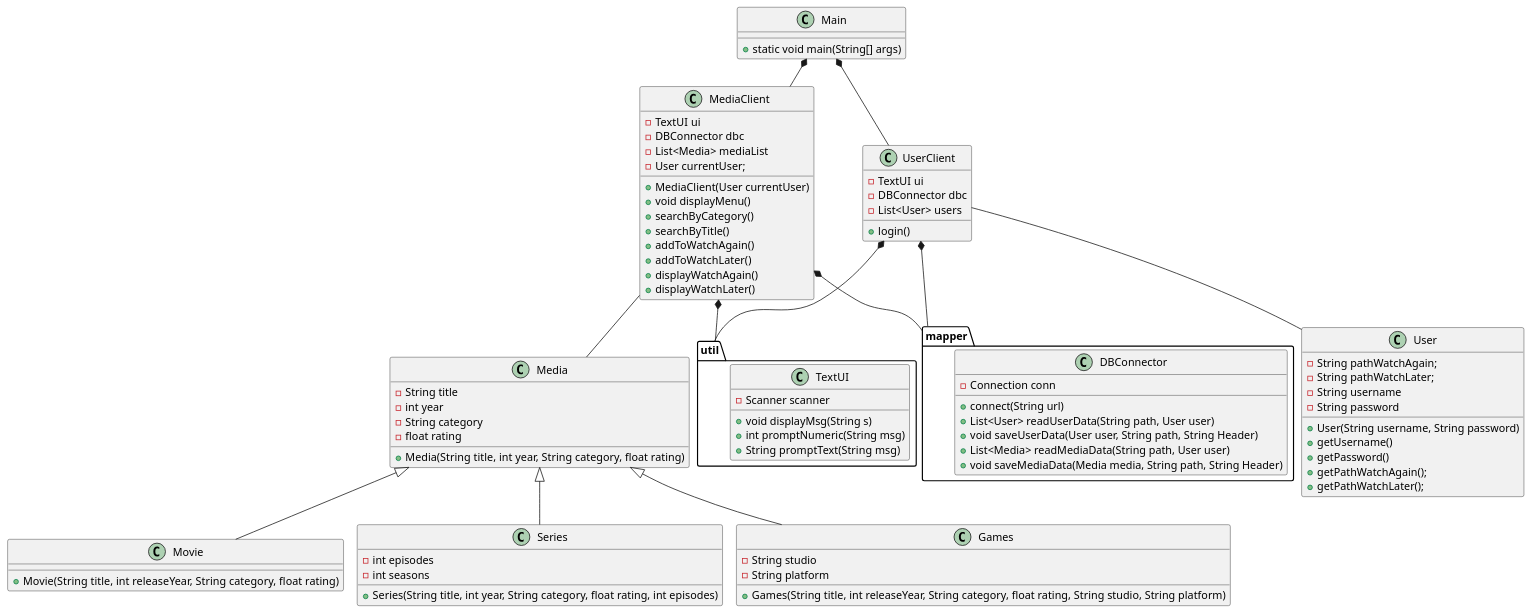
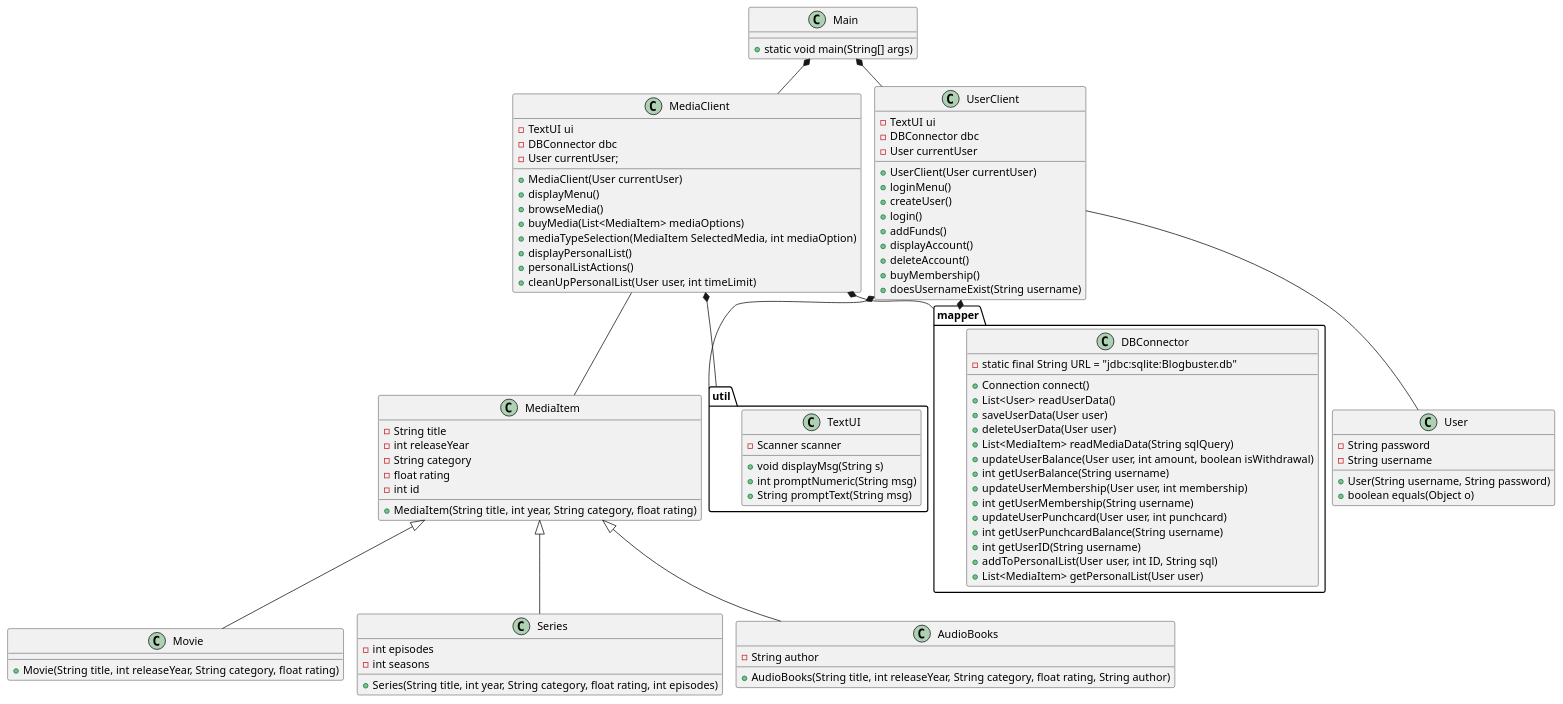
One commit to b-rino/ICE changed the diagram in docs/classdiagram_v0.puml. Above: the diagram before and after it, drawn with PlantUML. The commit also changed 3 other files, not shown here.

Commit message:
Updated domain and class diagrams, added sequence diagram for logging in.

```diff
--- a/docs/classdiagram_v0.puml
+++ b/docs/classdiagram_v0.puml
@@ -1,106 +1,117 @@
 @startuml
 !pragma layout smetana
 
 class Main{
 + static void main(String[] args)
 
 }
 
-class Media{
+class MediaItem{
 - String title
-- int year
+- int releaseYear
 - String category
 - float rating
-+Media(String title, int year, String category, float rating)
+- int id
++MediaItem(String title, int year, String category, float rating)
 
 }
 
 class MediaClient{
 -TextUI ui
 -DBConnector dbc
--List<Media> mediaList
 -User currentUser;
 +MediaClient(User currentUser)
-+void displayMenu()
-+searchByCategory()
-+searchByTitle()
-+addToWatchAgain()
-+addToWatchLater()
-+displayWatchAgain()
-+displayWatchLater()
++displayMenu()
++browseMedia()
++buyMedia(List<MediaItem> mediaOptions)
++mediaTypeSelection(MediaItem SelectedMedia, int mediaOption)
++displayPersonalList()
++personalListActions()
++cleanUpPersonalList(User user, int timeLimit)
 }
 
 
 class User{
--String pathWatchAgain;
--String pathWatchLater;
+-String password
 -String username
--String password
 +User(String username, String password)
-+getUsername()
-+getPassword()
-+getPathWatchAgain();
-+getPathWatchLater();
++boolean equals(Object o)
 }
 
 
 class Movie{
 
 + Movie(String title, int releaseYear, String category, float rating)
 }
 
 class Series{
 - int episodes
 - int seasons
 +Series(String title, int year, String category, float rating, int episodes)
 }
 
-class Games{
-- String studio
-- String platform
-+ Games(String title, int releaseYear, String category, float rating, String studio, String platform)
+class AudioBooks{
+- String author
++ AudioBooks(String title, int releaseYear, String category, float rating, String author)
 }
 
 
 class UserClient{
 -TextUI ui
 -DBConnector dbc
--List<User> users
+-User currentUser
++UserClient(User currentUser)
++loginMenu()
++createUser()
 +login()
++addFunds()
++displayAccount()
++deleteAccount()
++buyMembership()
++doesUsernameExist(String username)
 }
 
 
 package "util" {
 class TextUI{
 - Scanner scanner
 +void displayMsg(String s)
 +int promptNumeric(String msg)
 +String promptText(String msg)
 }
 }
 
 package "mapper" {
 class DBConnector{
-- Connection conn
-+ connect(String url)
-+List<User> readUserData(String path, User user)
-+void saveUserData(User user, String path, String Header)
-+List<Media> readMediaData(String path, User user)
-+void saveMediaData(Media media, String path, String Header)
+-static final String URL = "jdbc:sqlite:Blogbuster.db"
++Connection connect()
++List<User> readUserData()
++saveUserData(User user)
++deleteUserData(User user)
++List<MediaItem> readMediaData(String sqlQuery)
++updateUserBalance(User user, int amount, boolean isWithdrawal)
++int getUserBalance(String username)
++updateUserMembership(User user, int membership)
++int getUserMembership(String username)
++updateUserPunchcard(User user, int punchcard)
++int getUserPunchcardBalance(String username)
++int getUserID(String username)
++addToPersonalList(User user, int ID, String sql)
++List<MediaItem> getPersonalList(User user)
 }
 }
 
 
-Media<|--Series
-Media <|-- Movie
+MediaItem<|--Series
+MediaItem <|-- Movie
 Main *-- MediaClient
 MediaClient *-- "util"
-MediaClient -- Media
+MediaClient -- MediaItem
 Main *-- UserClient
 UserClient -- User
 UserClient *--"util"
 UserClient *-- "mapper"
 MediaClient *-- "mapper"
-Media <|-- Games
+MediaItem <|-- AudioBooks
 
 @enduml
```
